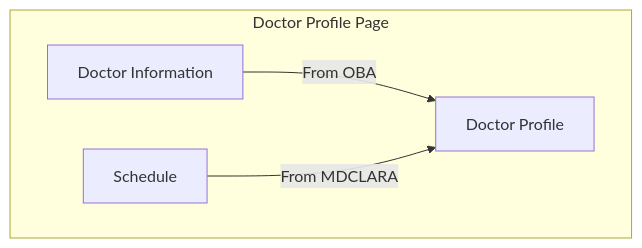
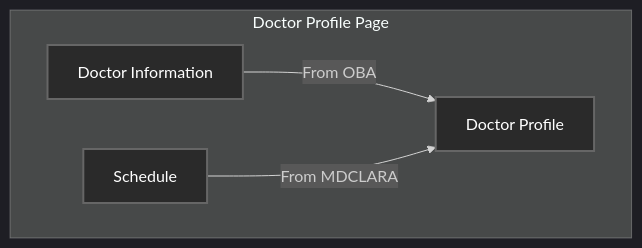
The third of 5 diagrams in index.md (MOHAMEDHESMAM8/obahealthclub), drawn with Mermaid before and after one commit. The commit also changed other lines of this file, not shown here.

````diff
--- a/index.md
+++ b/index.md
@@ -81,7 +85,11 @@
 ```mermaid
+%%{init: {'theme': 'dark'}}%%
 graph TD
     subgraph "Doctor Profile Page"
         A[Doctor Information] -->|From OBA| B[Doctor Profile]
         C[Schedule] -->|From MDCLARA| B
     end
+    style A fill:#2A2A2A,stroke:#666,stroke-width:2px,color:#fff
+    style B fill:#2A2A2A,stroke:#666,stroke-width:2px,color:#fff
+    style C fill:#2A2A2A,stroke:#666,stroke-width:2px,color:#fff
 ```
````
